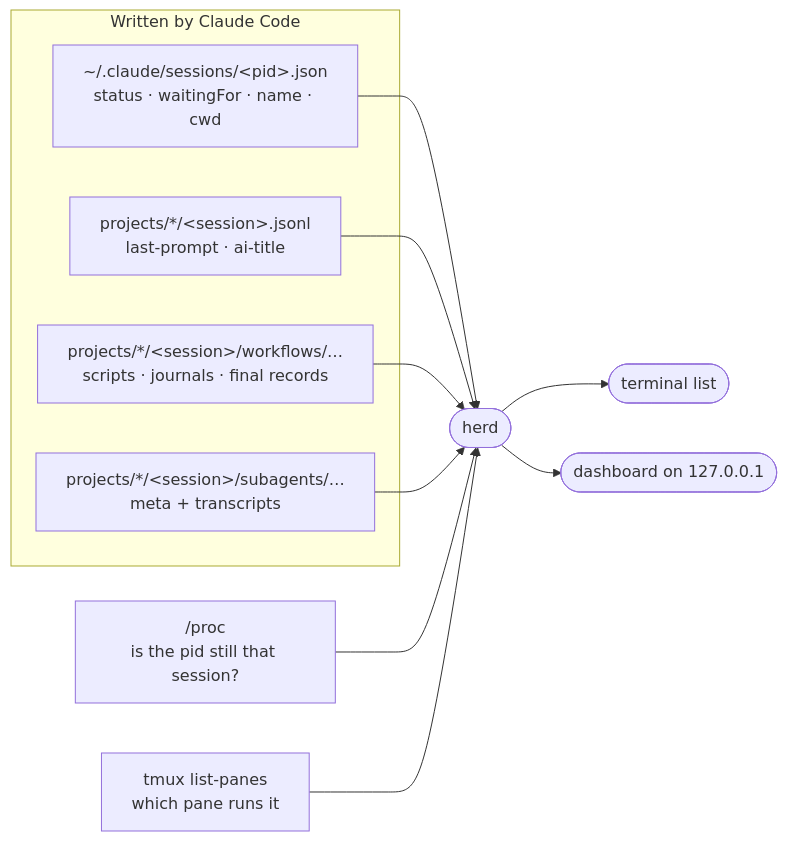
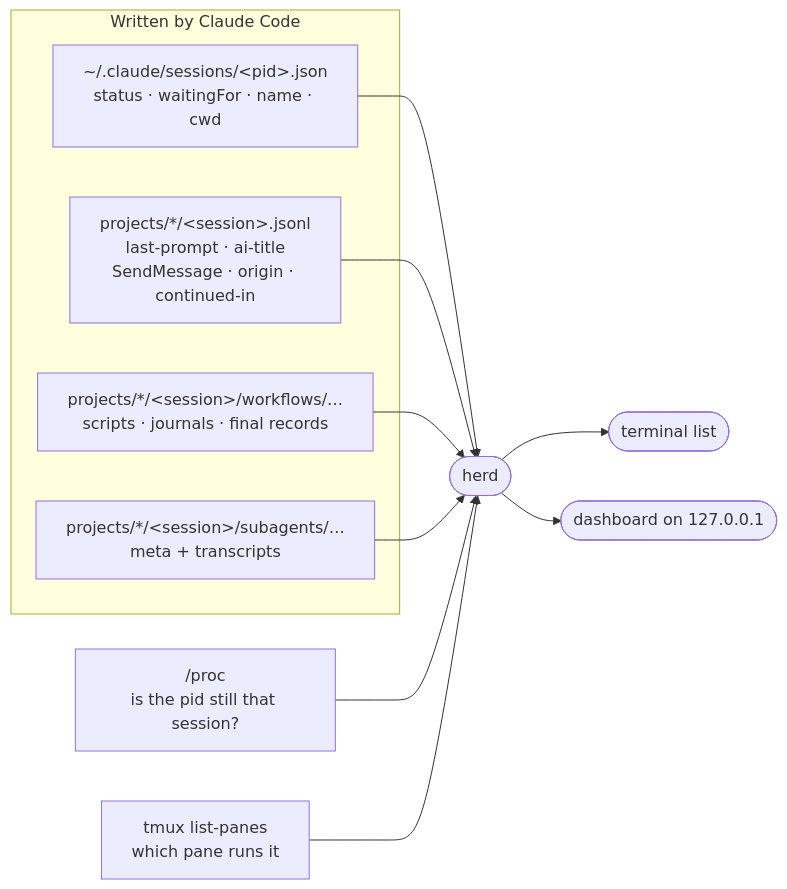
The diagram in harnesses/herd/README.md (SearchingAlpha/claude-dotfiles), drawn with Mermaid before and after one commit. The commit also changed other lines of this file and 1 other file, not shown here.

First line of the commit message:
docs(herd): the graph view

````diff
--- a/harnesses/herd/README.md
+++ b/harnesses/herd/README.md
@@ -7,19 +7,19 @@
 ```mermaid
 flowchart LR
   subgraph cc["Written by Claude Code"]
     reg["~/.claude/sessions/&lt;pid&gt;.json<br/>status · waitingFor · name · cwd"]
-    tr["projects/*/&lt;session&gt;.jsonl<br/>last-prompt · ai-title"]
+    tr["projects/*/&lt;session&gt;.jsonl<br/>last-prompt · ai-title<br/>SendMessage · origin · continued-in"]
     wf["projects/*/&lt;session&gt;/workflows/…<br/>scripts · journals · final records"]
     sub["projects/*/&lt;session&gt;/subagents/…<br/>meta + transcripts"]
   end
   proc["/proc<br/>is the pid still that session?"]
   tmux["tmux list-panes<br/>which pane runs it"]
   reg --> herd(["herd"])
   tr --> herd
   wf --> herd
   sub --> herd
   proc --> herd
   tmux --> herd
   herd --> cli(["terminal list"])
   herd --> web(["dashboard on 127.0.0.1"])
 ```
````
